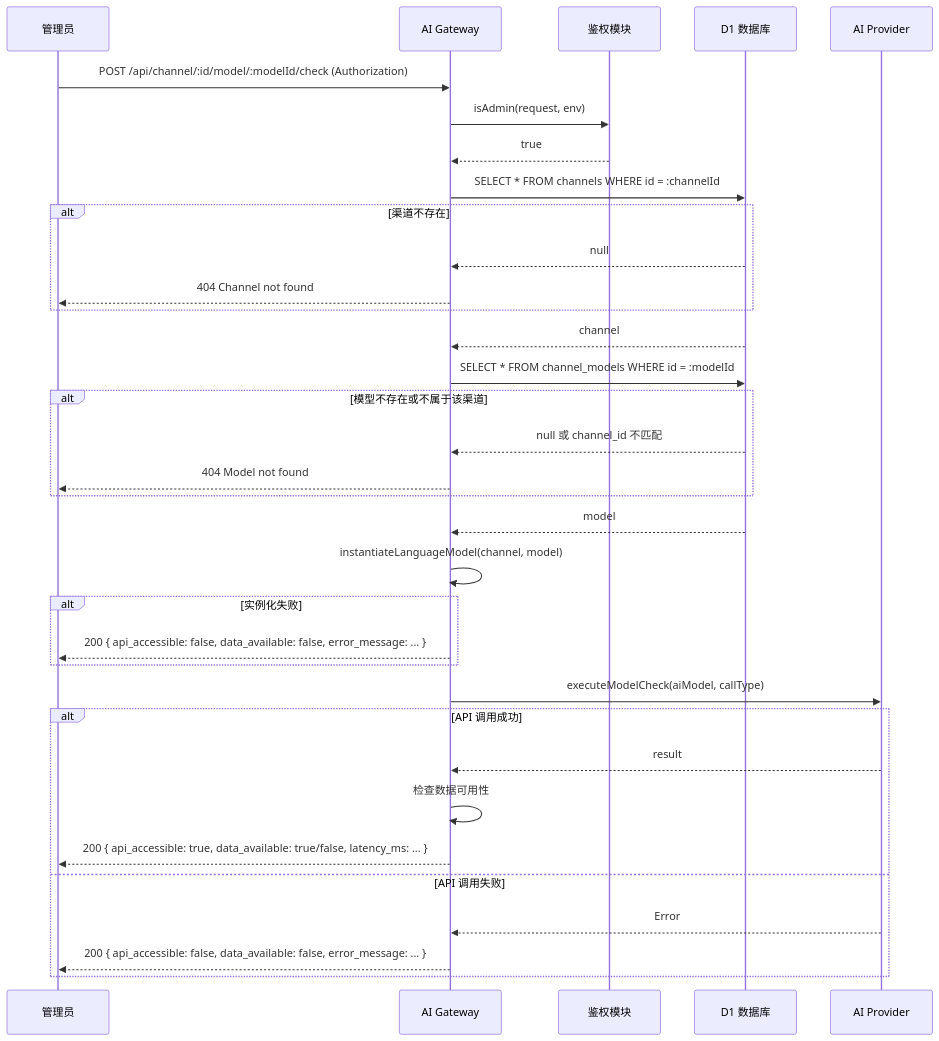
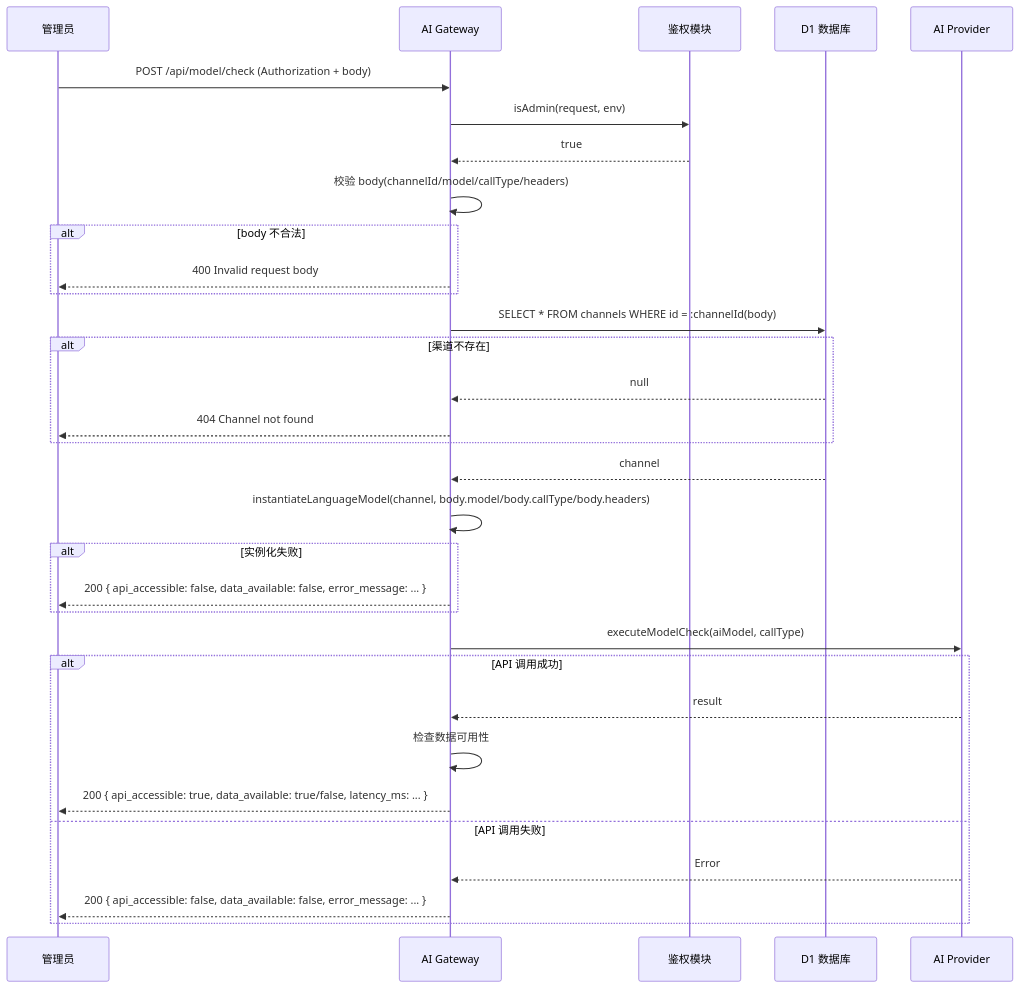
Before and after one commit to excing/open-ai-gateway: the fifth of 10 diagrams in DEVELOPMENT.md, drawn with Mermaid. The commit also changed other lines of this file and 3 other files, not shown here.

Commit message:
refactor: 检测接口改为POST /api/model/check并在body传channelId

````diff
--- a/DEVELOPMENT.md
+++ b/DEVELOPMENT.md
@@ -1644,37 +1652,35 @@
 ```mermaid
 sequenceDiagram
     participant A as 管理员
     participant GW as AI Gateway
     participant Auth as 鉴权模块
     participant DB as D1 数据库
     participant AI as AI Provider
 
-    A->>GW: POST /api/channel/:id/model/:modelId/check (Authorization)
+    A->>GW: POST /api/model/check (Authorization + body)
     GW->>Auth: isAdmin(request, env)
     Auth-->>GW: true
-    GW->>DB: SELECT * FROM channels WHERE id = :channelId
+    GW->>GW: 校验 body(channelId/model/callType/headers)
+    alt body 不合法
+        GW-->>A: 400 Invalid request body
+    end
+    GW->>DB: SELECT * FROM channels WHERE id = :channelId(body)
     alt 渠道不存在
         DB-->>GW: null
         GW-->>A: 404 Channel not found
     end
     DB-->>GW: channel
-    GW->>DB: SELECT * FROM channel_models WHERE id = :modelId
-    alt 模型不存在或不属于该渠道
-        DB-->>GW: null 或 channel_id 不匹配
-        GW-->>A: 404 Model not found
-    end
-    DB-->>GW: model
-    GW->>GW: instantiateLanguageModel(channel, model)
+    GW->>GW: instantiateLanguageModel(channel, body.model/body.callType/body.headers)
     alt 实例化失败
         GW-->>A: 200 { api_accessible: false, data_available: false, error_message: ... }
     end
     GW->>AI: executeModelCheck(aiModel, callType)
     alt API 调用成功
         AI-->>GW: result
         GW->>GW: 检查数据可用性
         GW-->>A: 200 { api_accessible: true, data_available: true/false, latency_ms: ... }
     else API 调用失败
         AI-->>GW: Error
         GW-->>A: 200 { api_accessible: false, data_available: false, error_message: ... }
     end
 ```
````
